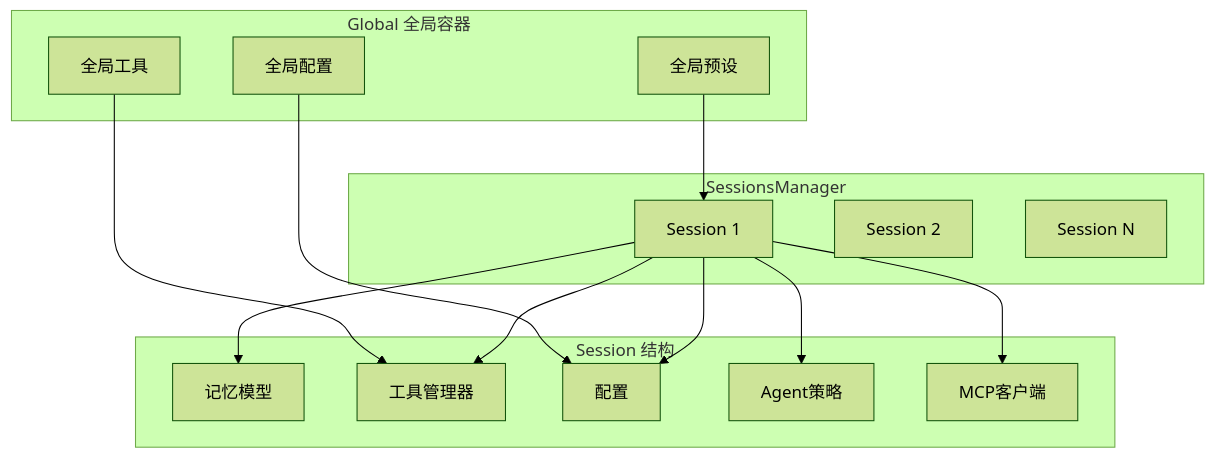
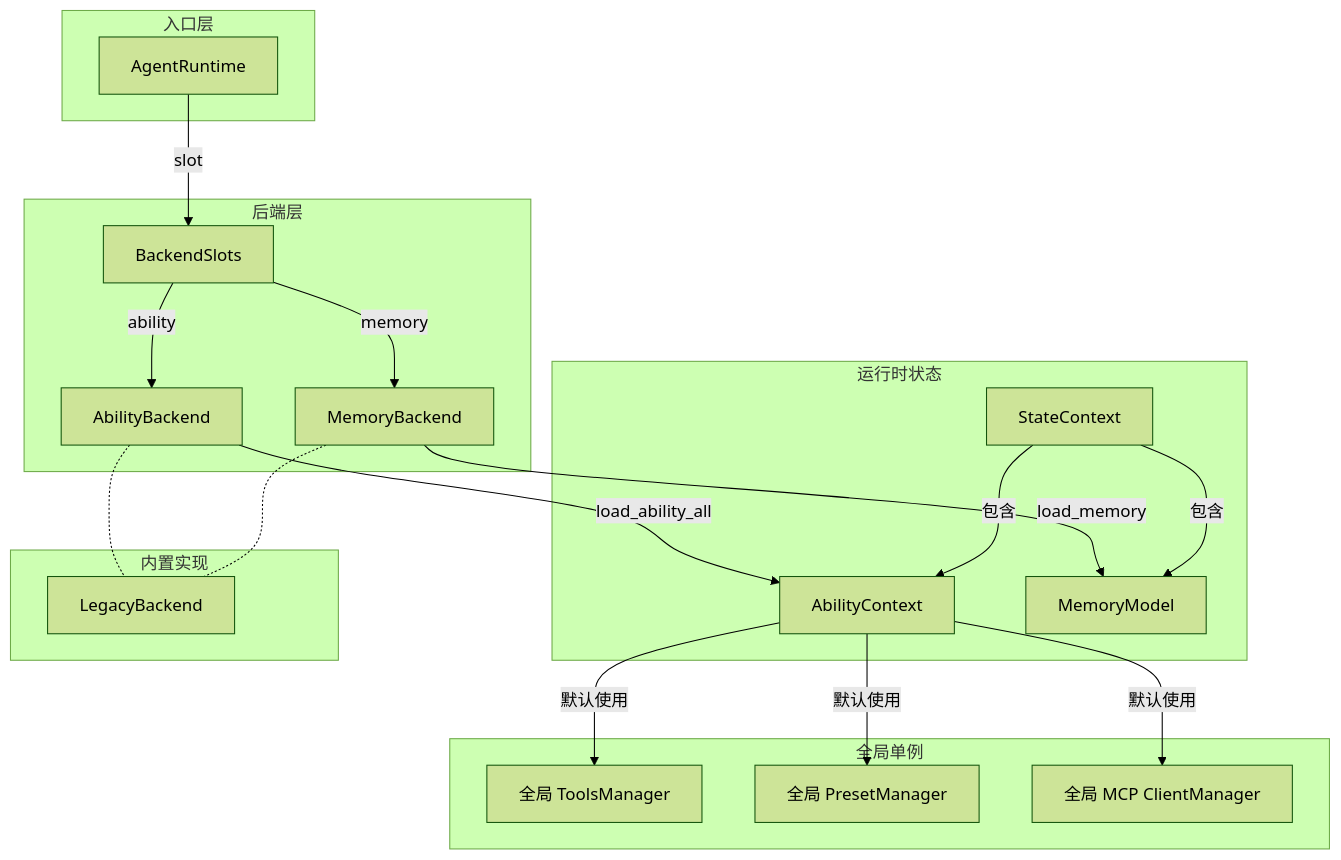
One commit to AmritaBot/AmritaCore changed the second of 5 diagrams in docs/docs/zh/guide/getting-started/architecture.md. Above: the diagram before and after it, drawn with Mermaid (forest theme). The commit also changed other lines of this file and 95 other files, not shown here.

````diff
--- a/docs/docs/zh/guide/getting-started/architecture.md
+++ b/docs/docs/zh/guide/getting-started/architecture.md
@@ -57,32 +69,42 @@
 ```mermaid
 graph TB
-    subgraph "Global 全局容器"
-        G_Tools[全局工具]
-        G_Presets[全局预设]
-        G_Config[全局配置]
+    subgraph "入口层"
+        AR[AgentRuntime]
     end
 
-    subgraph "SessionsManager"
-        S1[Session 1]
-        S2[Session 2]
-        SN[Session N]
+    subgraph "后端层"
+        BS[BackendSlots]
+        AB[AbilityBackend]
+        MB[MemoryBackend]
     end
 
-    subgraph "Session 结构"
-        Mem[记忆模型]
-        Tools[工具管理器]
-        Conf[配置]
-        Strat[Agent策略]
-        MCP_Client[MCP客户端]
+    subgraph "运行时状态"
+        SC[StateContext]
+        AC[AbilityContext]
+        MM[MemoryModel]
     end
 
-    G_Tools --> Tools
-    G_Presets --> S1
-    G_Config --> Conf
+    subgraph "全局单例"
+        G_Tools[全局 ToolsManager]
+        G_Presets[全局 PresetManager]
+        G_MCP[全局 MCP ClientManager]
+    end
 
-    S1 --> Mem
-    S1 --> Tools
-    S1 --> Conf
-    S1 --> Strat
-    S1 --> MCP_Client
+    AR -->|slot| BS
+    BS -->|ability| AB
+    BS -->|memory| MB
+    AB -->|load_ability_all| AC
+    MB -->|load_memory| MM
+    SC -->|包含| AC
+    SC -->|包含| MM
+    AC -->|默认使用| G_Tools
+    AC -->|默认使用| G_Presets
+    AC -->|默认使用| G_MCP
+
+    subgraph "内置实现"
+        LB[LegacyBackend]
+    end
+
+    AB -.- LB
+    MB -.- LB
 ```
````
